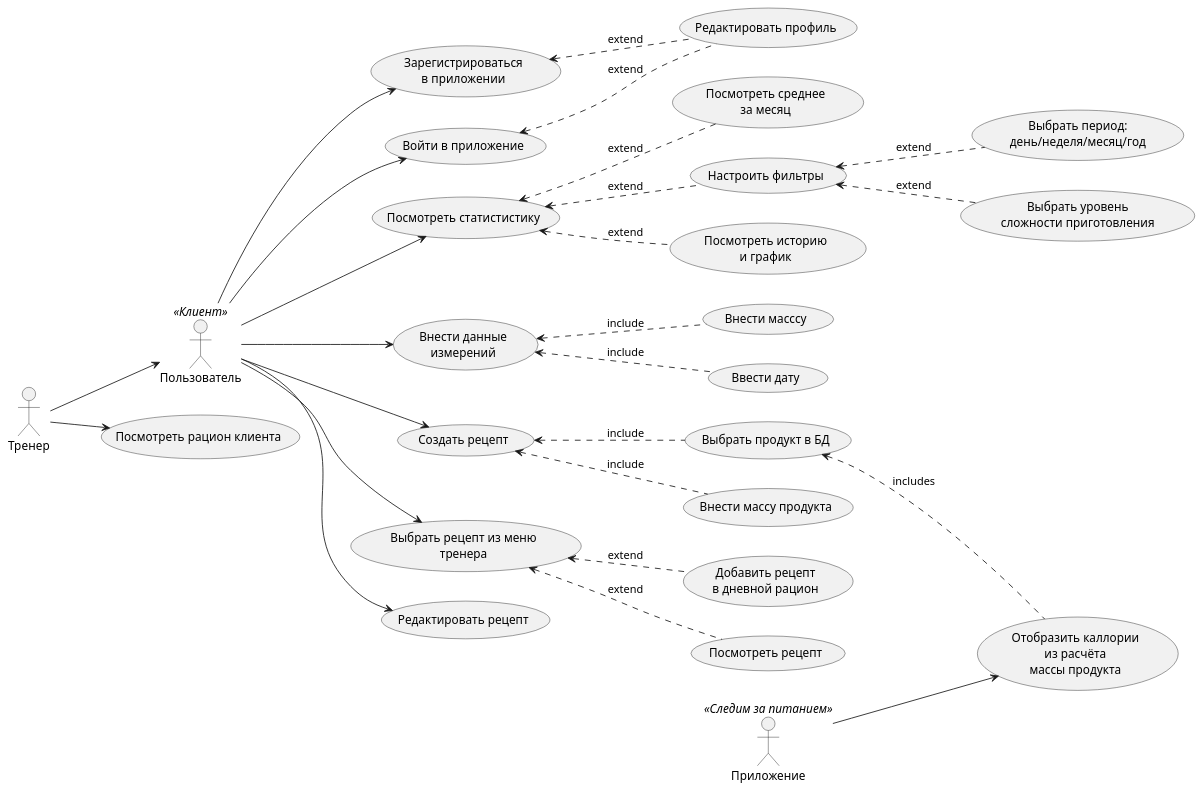
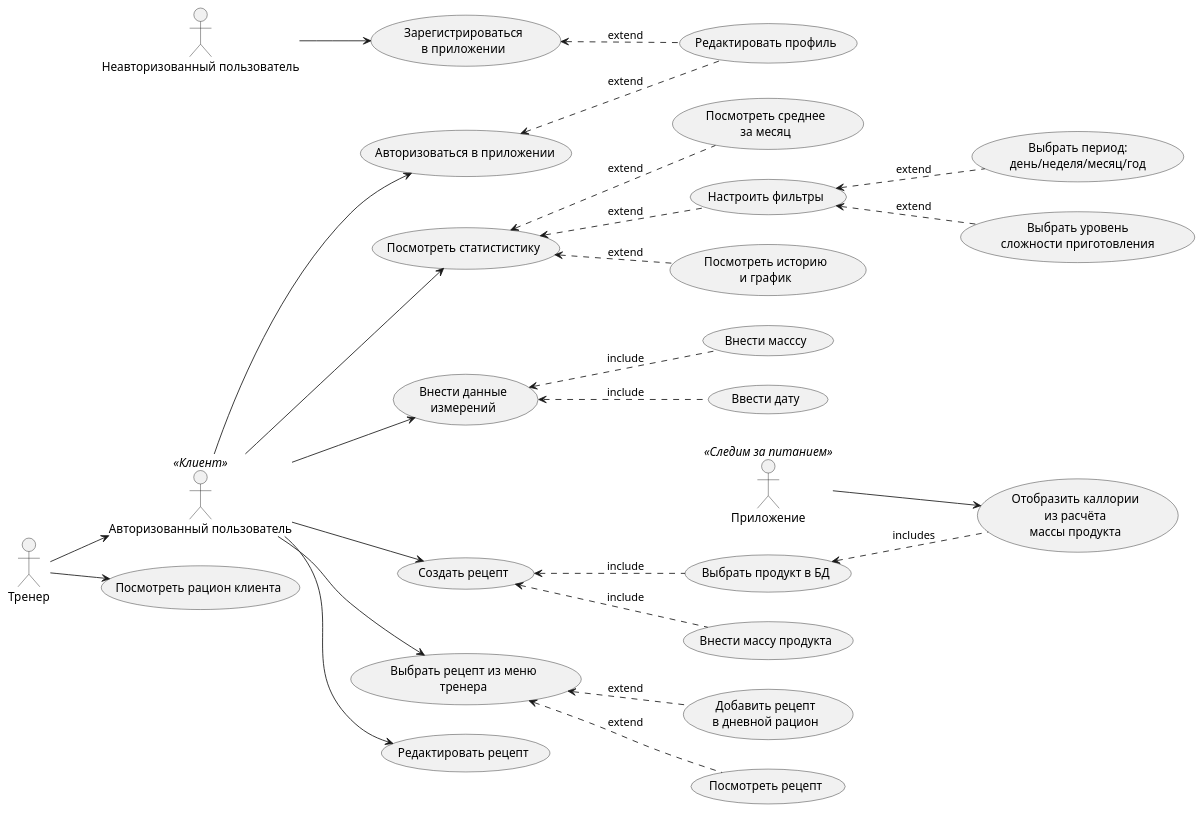
The diagram in src/diagrams/use-case.wsd (KateVishnya/nutrition-watch), drawn with PlantUML before and after one commit. The commit also changed 1 other file, not shown here.

```diff
--- a/src/diagrams/use-case.wsd
+++ b/src/diagrams/use-case.wsd
@@ -1,89 +1,89 @@
 @startuml
 
 left to right direction
 skinparam packageStyle rectangle
 
 ' Роли
 :Тренер: as couch
-:Пользователь: as user <<Клиент>>
+:Авторизованный пользователь: as user <<Клиент>>
+:Неавторизованный пользователь: as un_user
 :Приложение: as app <<Следим за питанием>>
 
 couch -->  user 
 
-
 usecase uc_reg  as "Зарегистрироваться
 в приложении"
 usecase uc_edit_profile  as "Редактировать профиль"
-usecase  uc_sign_in as "Войти в приложение"
+usecase  uc_sign_in as "Авторизоваться в приложении"
 
 usecase show_callories as "Отобразить каллории
 из расчёта
 массы продукта"
 
 usecase view_stat as "Посмотреть статистистику"
 usecase view_average as "Посмотреть среднее
 за месяц"
 
 usecase enter_data  as "Внести данные
 измерений"
 usecase add_mass as "Внести масссу"
 usecase add_dateas "Ввести дату"
 
 ' Рецепты могут создать и пользователи и клиенты
 usecase create_recipe  as "Создать рецепт"
 usecase uc_check_eat as "Выбрать продукт в БД"
 
 usecase uc_add_eat  as "Внести массу продукта"
 
 usecase choose_recipe as "Выбрать рецепт из меню
 тренера"
 usecase save_recipe as "Добавить рецепт
 в дневной рацион"
 usecase edit_recipe  as "Редактировать рецепт"
 
 usecase view_recipe as "Посмотреть рецепт"
 
 usecase configure_filters as "Настроить фильтры"
 
 
 usecase view_history_schedule  as "Посмотреть историю
 и график"
 usecase select_period as "Выбрать период:
 день/неделя/месяц/год"
 usecase select_kitchen as "Выбрать уровень
 сложности приготовления"
 usecase view_diet as "Посмотреть рацион клиента"
 
 ' Связи
 
-user --> uc_reg
+un_user --> uc_reg
 uc_reg <.. uc_edit_profile : extend
 user --> uc_sign_in
 uc_sign_in <.. uc_edit_profile : extend
 
 user --> enter_data
 enter_data <.. add_mass : include
 enter_data <.. add_date : include
 
 user --> create_recipe
 create_recipe <.. uc_check_eat : include
 create_recipe <.. uc_add_eat : include
 
 user --> choose_recipe
 user --> edit_recipe
 choose_recipe <.. view_recipe : extend
 choose_recipe <.. save_recipe : extend
 
 user --> view_stat
 view_stat <.. view_average : extend
 view_stat <.. view_history_schedule : extend
 view_stat <.. configure_filters : extend
 configure_filters <.. select_period : extend
 configure_filters <.. select_kitchen :extend
 
 
 app --> show_callories
 uc_check_eat <.. show_callories : includes
 
 couch --> view_diet
 @enduml
```
